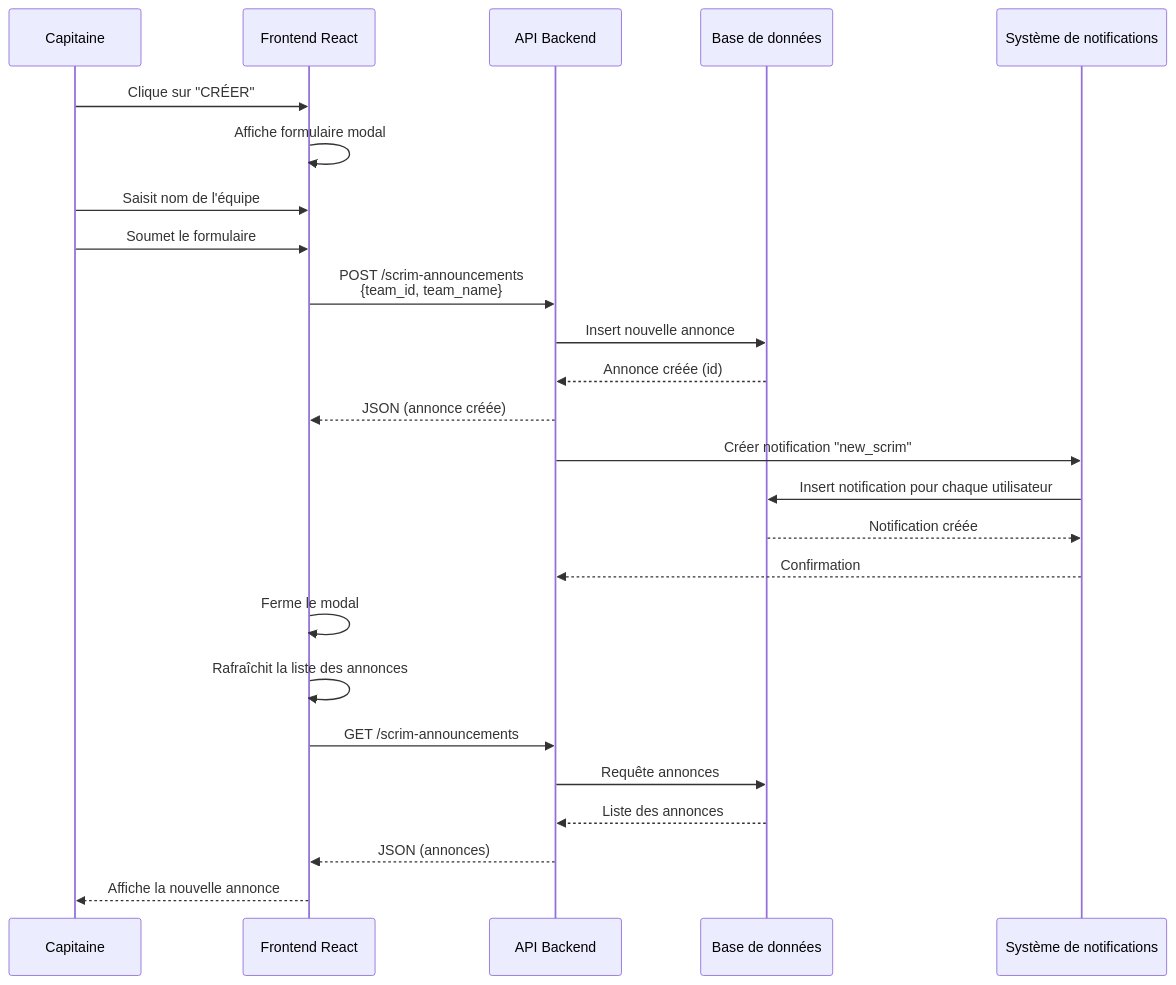
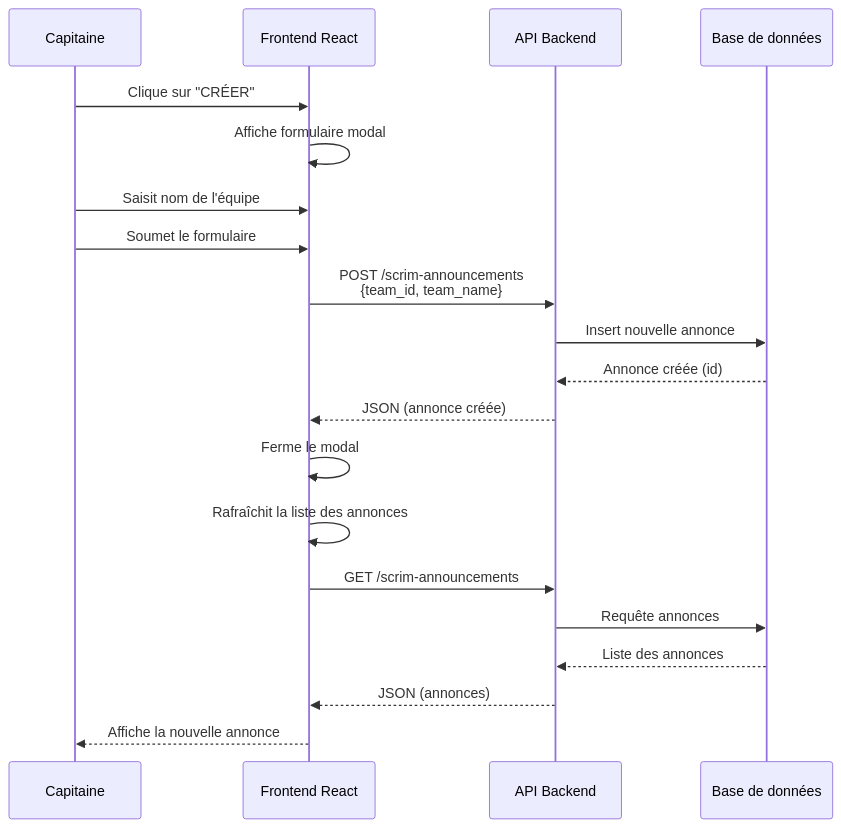
One commit to kenant68/Find-It changed the diagram in apps/documentation/sequences/create-announce.mmd. Above: the diagram before and after it, drawn with Mermaid. The commit also changed 1 other file, not shown here.

Commit message:
correctif doc notif

```diff
--- a/apps/documentation/sequences/create-announce.mmd
+++ b/apps/documentation/sequences/create-announce.mmd
@@ -1,29 +1,25 @@
 sequenceDiagram
     participant Captain as Capitaine
     participant Frontend as Frontend React
     participant API as API Backend
     participant DB as Base de données
-    participant Notif as Système de notifications
 
     Captain->>Frontend: Clique sur "CRÉER"
     Frontend->>Frontend: Affiche formulaire modal
     Captain->>Frontend: Saisit nom de l'équipe
     Captain->>Frontend: Soumet le formulaire
     
     Frontend->>API: POST /scrim-announcements<br/>{team_id, team_name}
     API->>DB: Insert nouvelle annonce
     DB-->>API: Annonce créée (id)
     API-->>Frontend: JSON (annonce créée)
     
-    API->>Notif: Créer notification "new_scrim"
-    Notif->>DB: Insert notification pour chaque utilisateur
-    DB-->>Notif: Notification créée
-    Notif-->>API: Confirmation
+ 
     
     Frontend->>Frontend: Ferme le modal
     Frontend->>Frontend: Rafraîchit la liste des annonces
     Frontend->>API: GET /scrim-announcements
     API->>DB: Requête annonces
     DB-->>API: Liste des annonces
     API-->>Frontend: JSON (annonces)
     Frontend-->>Captain: Affiche la nouvelle annonce
```
